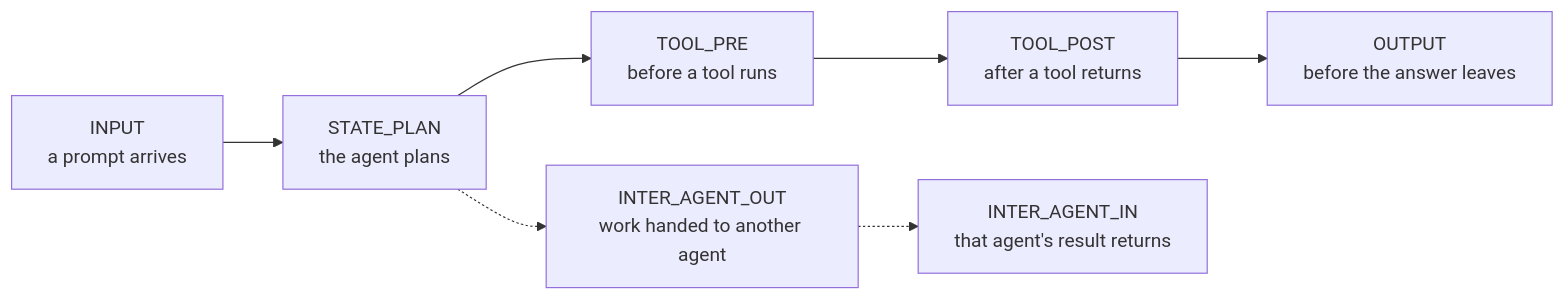
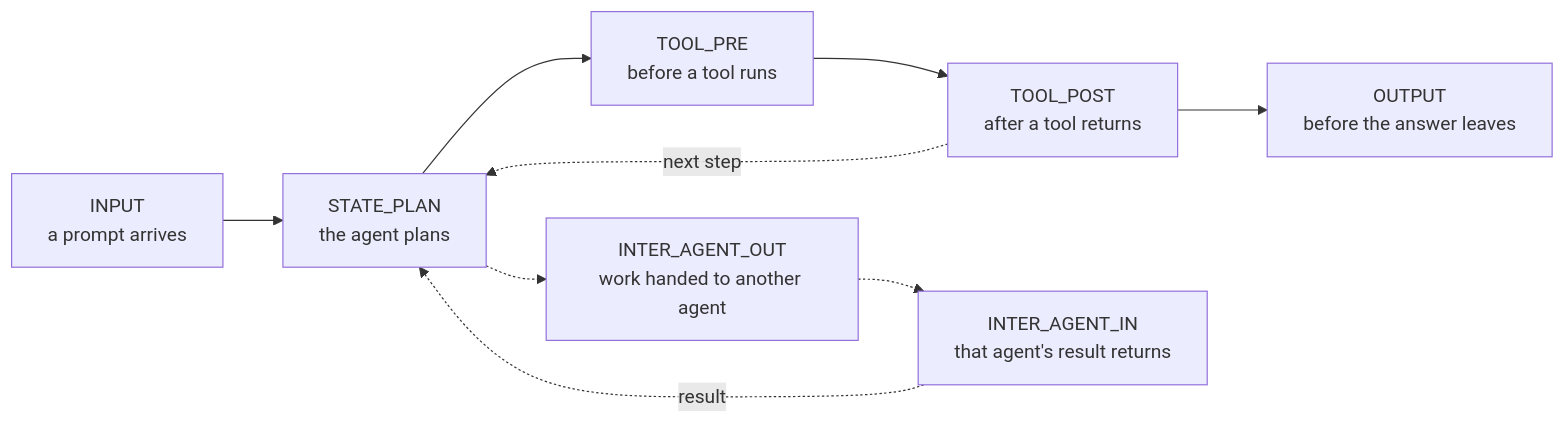
One commit to g-apte/fourverdicts changed the diagram in README.md. Above: the diagram before and after it, drawn with Mermaid. The commit also changed other lines of this file and 3 other files, not shown here.

First line of the commit message:
README and example: show all verdicts in the example, close the diagram loop, list memory as a known gap

````diff
--- a/README.md
+++ b/README.md
@@ -25,9 +25,11 @@
 ```mermaid
 flowchart LR
     A[INPUT<br>a prompt arrives] --> B[STATE_PLAN<br>the agent plans]
     B --> C[TOOL_PRE<br>before a tool runs]
     C --> D[TOOL_POST<br>after a tool returns]
     D --> E[OUTPUT<br>before the answer leaves]
+    D -.->|next step| B
     B -.-> F[INTER_AGENT_OUT<br>work handed to another agent]
     F -.-> G[INTER_AGENT_IN<br>that agent's result returns]
+    G -.->|result| B
 ```
````
